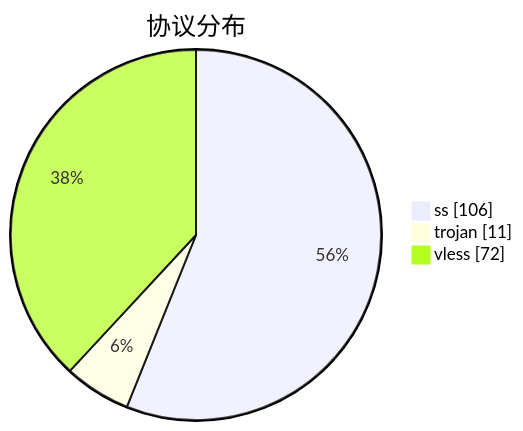
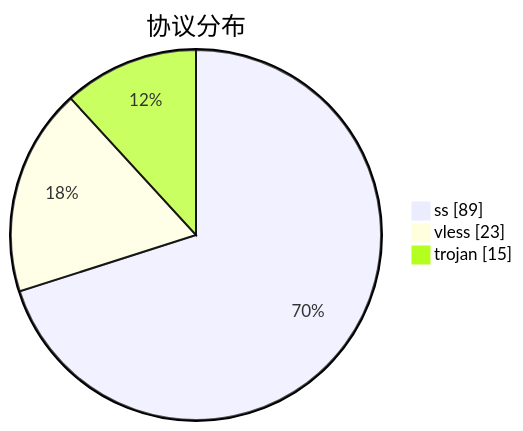
One commit to qjlxg/airport changed the third of 3 diagrams in subs/statistics/tested_within.md. Above: the diagram before and after it, drawn with Mermaid. The commit also changed other lines of this file and 2 other files, not shown here.

````diff
--- a/subs/statistics/tested_within.md
+++ b/subs/statistics/tested_within.md
@@ -31,7 +32,7 @@
 ```mermaid
 pie showData
 title 协议分布
-"ss" : 106
-"trojan" : 11
-"vless" : 72
+"ss" : 89
+"vless" : 23
+"trojan" : 15
 ```
````
